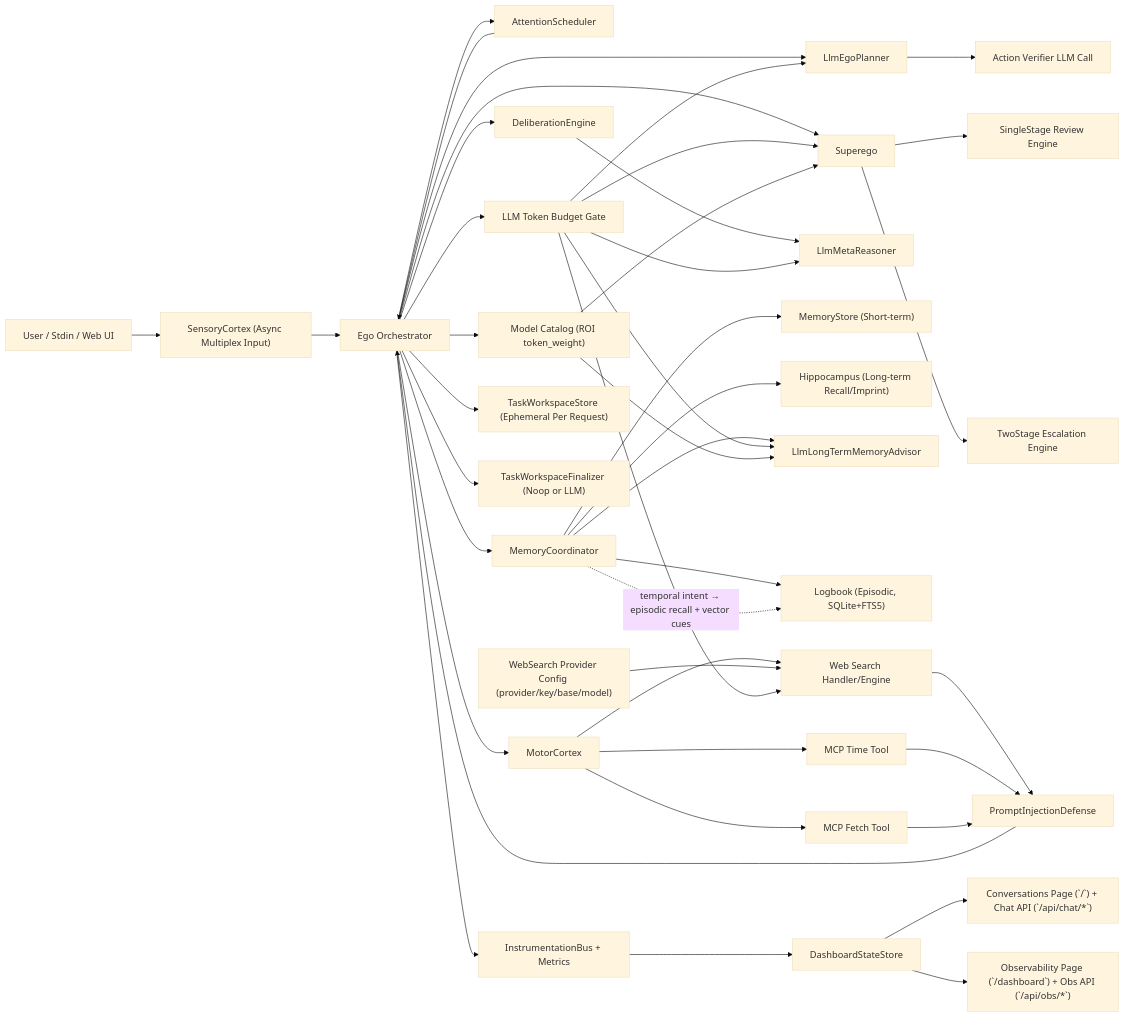
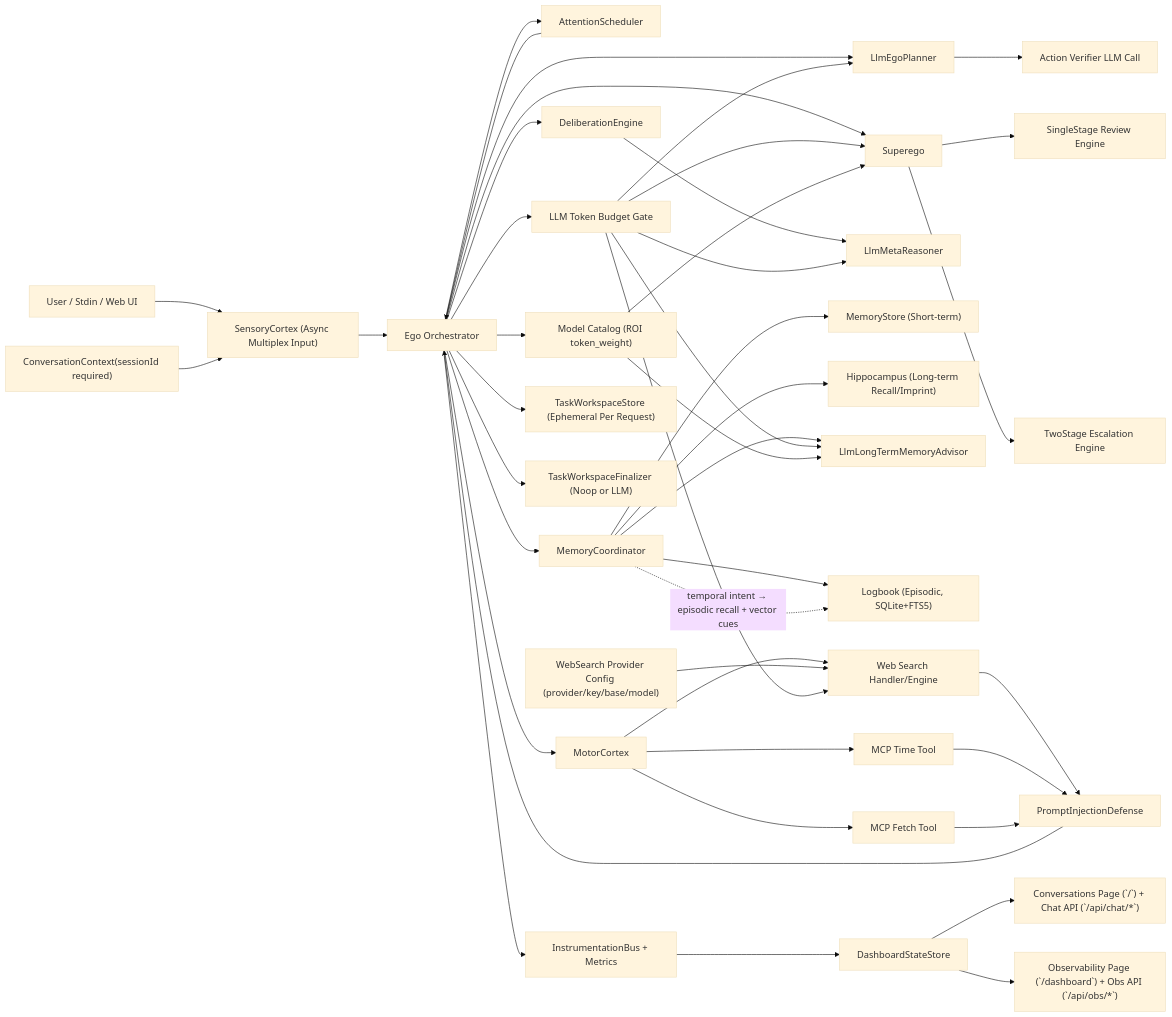
One commit to neopsyke/NeoPsyke changed the first of 6 diagrams in AGENT_LOGIC_DIAGRAM.md. Above: the diagram before and after it, drawn with Mermaid (base theme). The commit also changed other lines of this file and 25 other files, not shown here.

````diff
--- a/AGENT_LOGIC_DIAGRAM.md
+++ b/AGENT_LOGIC_DIAGRAM.md
@@ -8,51 +8,52 @@
 ```mermaid
 flowchart LR
     U["User / Stdin / Web UI"] --> SC["SensoryCortex (Async Multiplex Input)"]
     SC --> E["Ego Orchestrator"]
+    NoteCtx["ConversationContext(sessionId required)"] --> SC
 
     E --> AS["AttentionScheduler"]
     AS --> E
 
     E --> P["LlmEgoPlanner"]
     P --> AV["Action Verifier LLM Call"]
     E --> S["Superego"]
     S --> S1["SingleStage Review Engine"]
     S --> S2["TwoStage Escalation Engine"]
     E --> M["MotorCortex"]
     E --> BG["LLM Token Budget Gate"]
     E --> MCat["Model Catalog (ROI token_weight)"]
 
     E --> DE["DeliberationEngine"]
     DE --> MR["LlmMetaReasoner"]
 
     E --> MC["MemoryCoordinator"]
     MC --> MS["MemoryStore (Short-term)"]
     MC --> H["Hippocampus (Long-term Recall/Imprint)"]
     MC --> LTM["LlmLongTermMemoryAdvisor"]
     MC --> LB["Logbook (Episodic, SQLite+FTS5)"]
     MC -.->|"temporal intent → episodic recall + vector cues"| LB
     E --> TWS["TaskWorkspaceStore (Ephemeral Per Request)"]
     E --> TWF["TaskWorkspaceFinalizer (Noop or LLM)"]
 
     M --> WS["Web Search Handler/Engine"]
     CfgWS["WebSearch Provider Config (provider/key/base/model)"] --> WS
     M --> MT["MCP Time Tool"]
     M --> MF["MCP Fetch Tool"]
     WS --> PID["PromptInjectionDefense"]
     MT --> PID
     MF --> PID
     PID --> E
 
     BG --> P
     BG --> S
     BG --> MR
     BG --> LTM
     BG --> WS
     MCat --> S
     MCat --> LTM
 
     E --> I["InstrumentationBus + Metrics"]
     I --> DS["DashboardStateStore"]
     DS --> CP["Conversations Page (`/`) + Chat API (`/api/chat/*`)"]
     DS --> OP["Observability Page (`/dashboard`) + Obs API (`/api/obs/*`)"]
 ```
````
